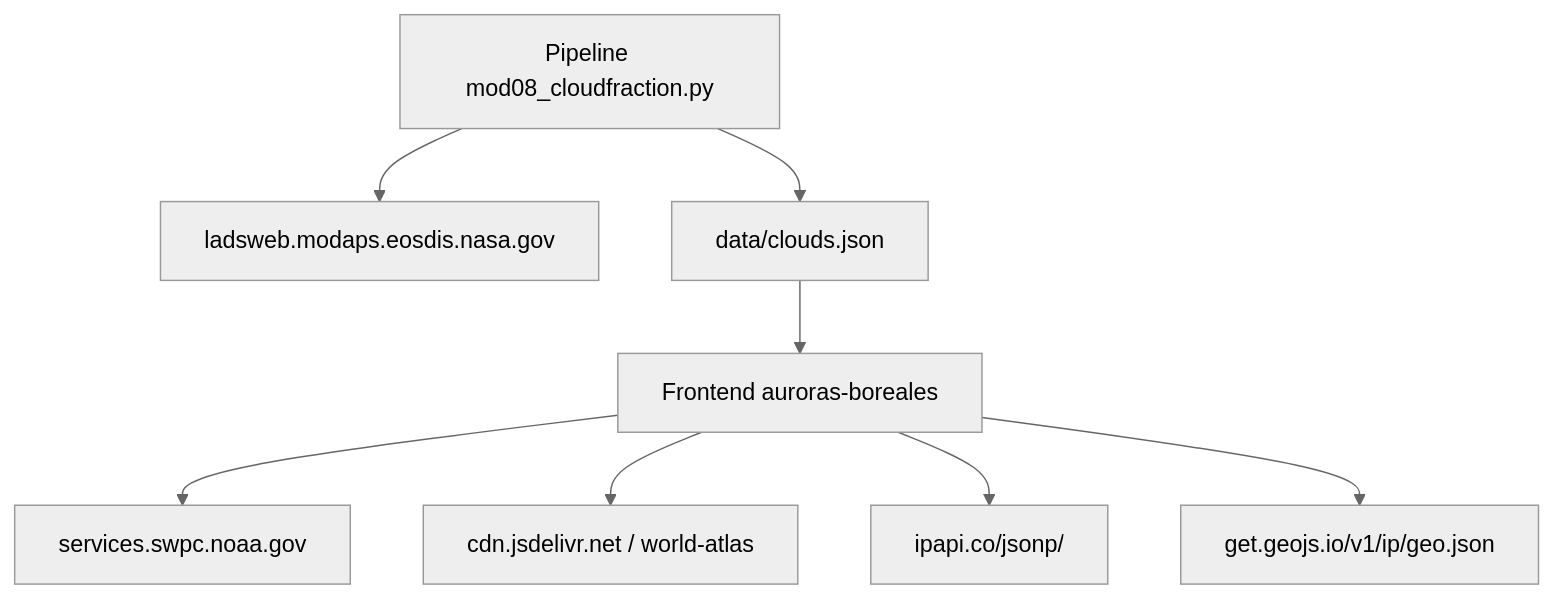
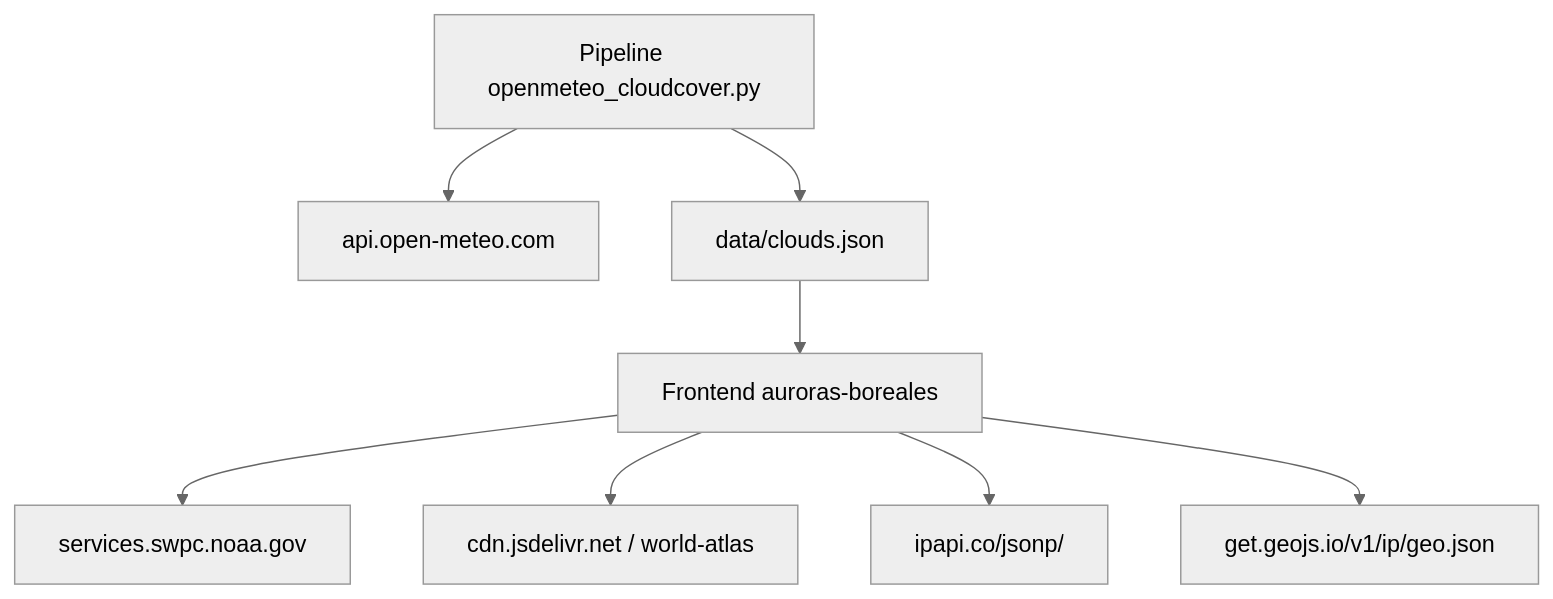
One commit to romezamario/auroras-boreales changed the fourth of 4 diagrams in README.md. Above: the diagram before and after it, drawn with Mermaid (neutral theme). The commit also changed other lines of this file and 11 other files, not shown here.

First line of the commit message:
Arregla la carga en móvil y cambia la nubosidad a Open-Meteo

````diff
--- a/README.md
+++ b/README.md
@@ -261,11 +263,11 @@
 ```mermaid
 flowchart TD
     APP[Frontend auroras-boreales]
     APP --> NOAA[services.swpc.noaa.gov]
     APP --> ATLAS[cdn.jsdelivr.net / world-atlas]
     APP --> IP1[ipapi.co/jsonp/]
     APP --> IP2[get.geojs.io/v1/ip/geo.json]
-    JOB[Pipeline mod08_cloudfraction.py] --> LAADS[ladsweb.modaps.eosdis.nasa.gov]
+    JOB[Pipeline openmeteo_cloudcover.py] --> OM[api.open-meteo.com]
     JOB --> CLOUDS[data/clouds.json]
     CLOUDS --> APP
 ```
````
